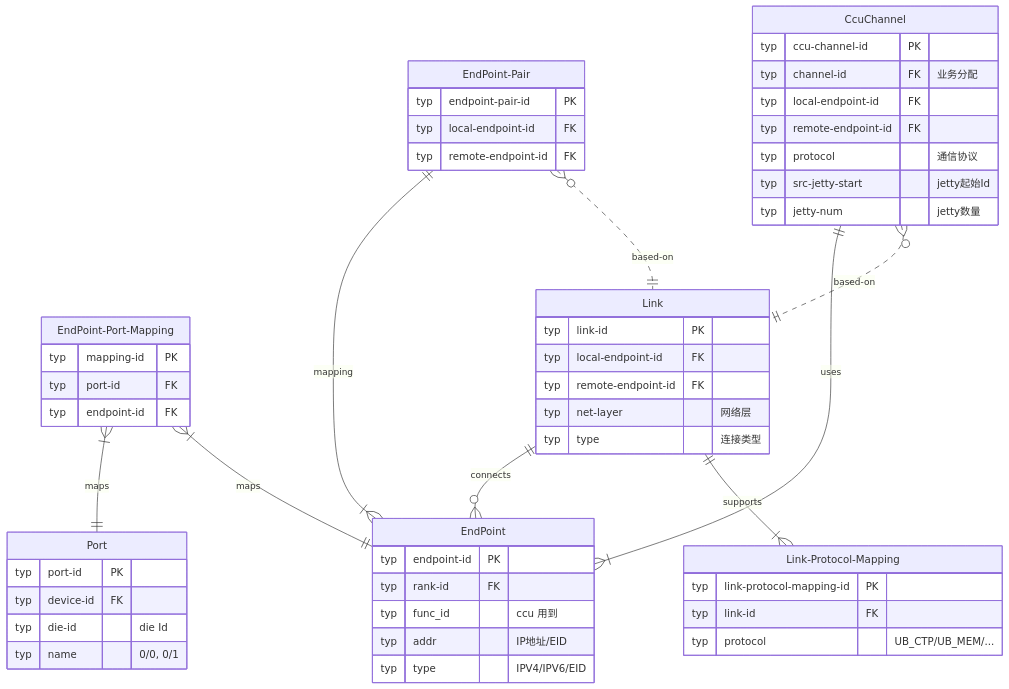
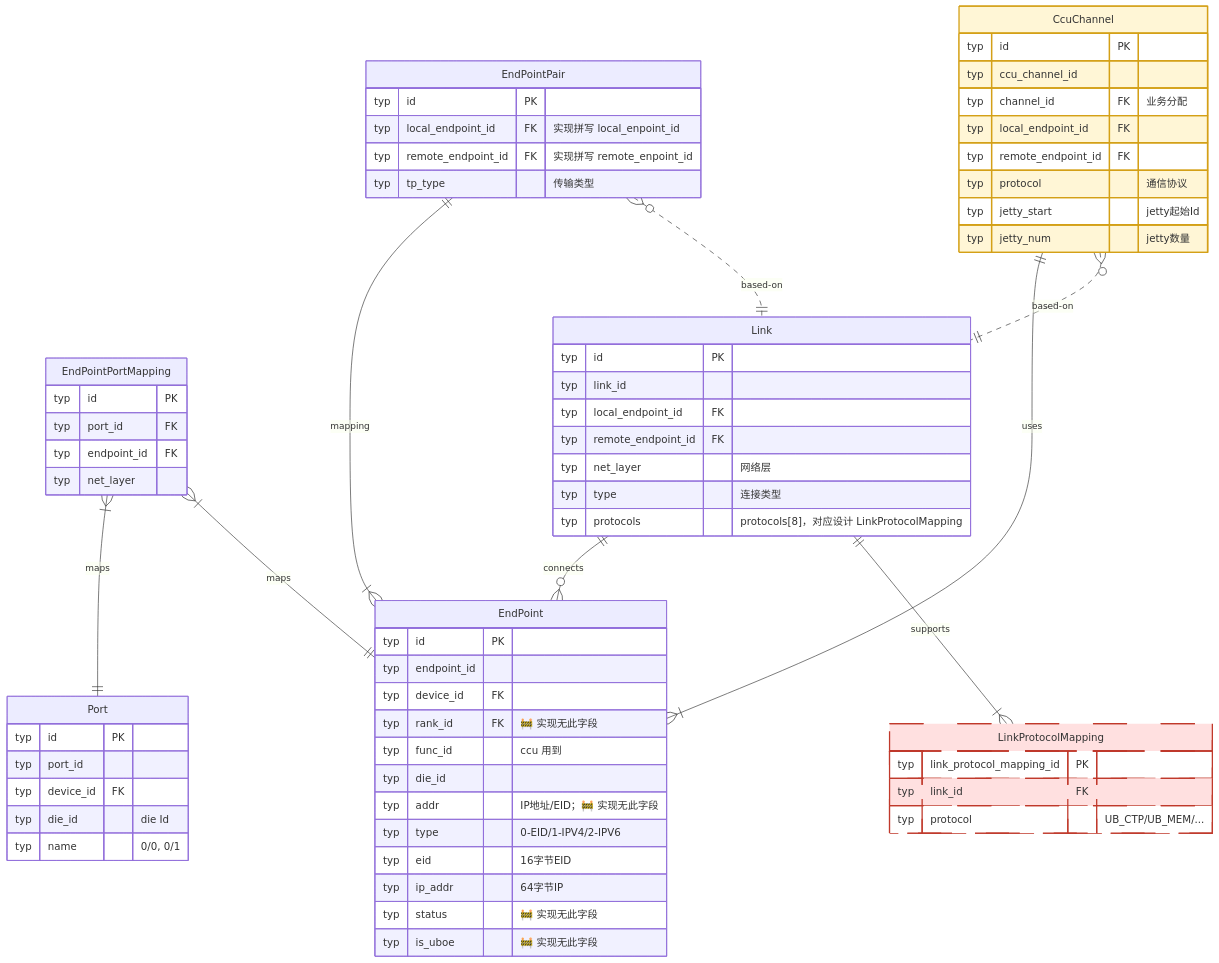
One commit to Fengfengst123/hcomm-mirror changed the fourth of 19 diagrams in test/hccl_vm/docs/simulator_runner_data_model.md. Above: the diagram before and after it, drawn with Mermaid. The commit also changed other lines of this file and 701 other files, not shown here.

````diff
--- a/test/hccl_vm/docs/simulator_runner_data_model.md
+++ b/test/hccl_vm/docs/simulator_runner_data_model.md
@@ -239,61 +326,80 @@
 ```mermaid
 erDiagram
     %% ==========================================
     %% 网络拓扑与连接层
+    %% CcuChannel：仅 cmd 转储访问，全仓无写入方（空表）
     %% ==========================================
     EndPoint {
-        typ endpoint-id PK
-        typ rank-id FK
+        typ id PK
+        typ endpoint_id
+        typ device_id FK
+        typ rank_id FK "🚧 实现无此字段"
         typ func_id "ccu 用到"
-        typ addr "IP地址/EID"
-        typ type "IPV4/IPV6/EID"
+        typ die_id
+        typ addr "IP地址/EID；🚧 实现无此字段"
+        typ type "0-EID/1-IPV4/2-IPV6"
+        typ eid "16字节EID"
+        typ ip_addr "64字节IP"
+        typ status "🚧 实现无此字段"
+        typ is_uboe "🚧 实现无此字段"
     }
     Port {
-        typ port-id PK
-        typ device-id FK
-        typ die-id "die Id"
+        typ id PK
+        typ port_id
+        typ device_id FK
+        typ die_id "die Id"
         typ name "0/0, 0/1"
     }
-    EndPoint-Port-Mapping {
-        typ mapping-id PK
-        typ port-id FK
-        typ endpoint-id FK
+    EndPointPortMapping {
+        typ id PK
+        typ port_id FK
+        typ endpoint_id FK
+        typ net_layer
     }
     %% topo.json定义的物理连接
     Link {
-        typ link-id PK
-        typ local-endpoint-id FK
-        typ remote-endpoint-id FK
-        typ net-layer "网络层"
+        typ id PK
+        typ link_id
+        typ local_endpoint_id FK
+        typ remote_endpoint_id FK
+        typ net_layer "网络层"
         typ type "连接类型"
+        typ protocols "protocols[8]，对应设计 LinkProtocolMapping"
     }
-    Link-Protocol-Mapping {
-        typ link-protocol-mapping-id PK
-        typ link-id FK
+    LinkProtocolMapping {
+        typ link_protocol_mapping_id PK
+        typ link_id FK
         typ protocol "UB_CTP/UB_MEM/..."
     }
-    %% 
-    EndPoint-Pair {
-        typ endpoint-pair-id PK
-        typ local-endpoint-id FK
-        typ remote-endpoint-id FK
+
+    EndPointPair {
+        typ id PK
+        typ local_endpoint_id FK "实现拼写 local_enpoint_id"
+        typ remote_endpoint_id FK "实现拼写 remote_enpoint_id"
+        typ tp_type "传输类型"
     }
     CcuChannel {
-        typ ccu-channel-id PK
-        typ channel-id FK   "业务分配"
-        typ local-endpoint-id FK
-        typ remote-endpoint-id FK
+        typ id PK
+        typ ccu_channel_id
+        typ channel_id FK   "业务分配"
+        typ local_endpoint_id FK
+        typ remote_endpoint_id FK
         typ protocol "通信协议"
-        typ src-jetty-start "jetty起始Id"
-        typ jetty-num "jetty数量"
+        typ jetty_start "jetty起始Id"
+        typ jetty_num "jetty数量"
     }
 
-    EndPoint-Port-Mapping }|--|| Port : maps
-    EndPoint-Port-Mapping }|--|| EndPoint : maps
+    EndPointPortMapping }|--|| Port : maps
+    EndPointPortMapping }|--|| EndPoint : maps
     Link ||--o{ EndPoint : connects
-    Link ||--|{ Link-Protocol-Mapping : "supports"
-    EndPoint-Pair ||--|{ EndPoint : mapping
-    EndPoint-Pair }o..|| Link : "based-on"
+    Link ||--|{ LinkProtocolMapping : "supports"
+    EndPointPair ||--|{ EndPoint : mapping
+    EndPointPair }o..|| Link : "based-on"
     CcuChannel ||--|{ EndPoint : uses
     CcuChannel }o..|| Link : "based-on"
+
+    classDef unimplemented fill:#ffe0e0,stroke:#c0392b,stroke-width:2px,stroke-dasharray:5 3
+    classDef inproc fill:#fff6d6,stroke:#d4a017,stroke-width:2px
+    class LinkProtocolMapping unimplemented
+    class CcuChannel inproc
 ```
````
